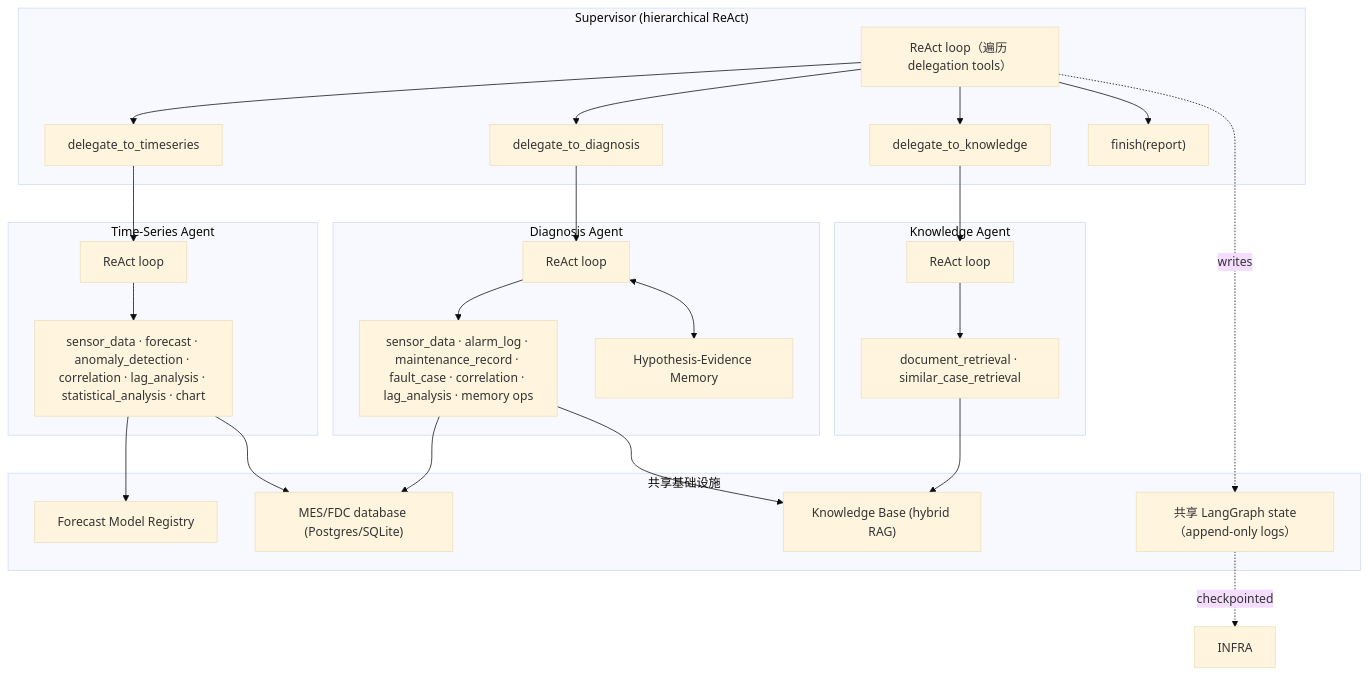
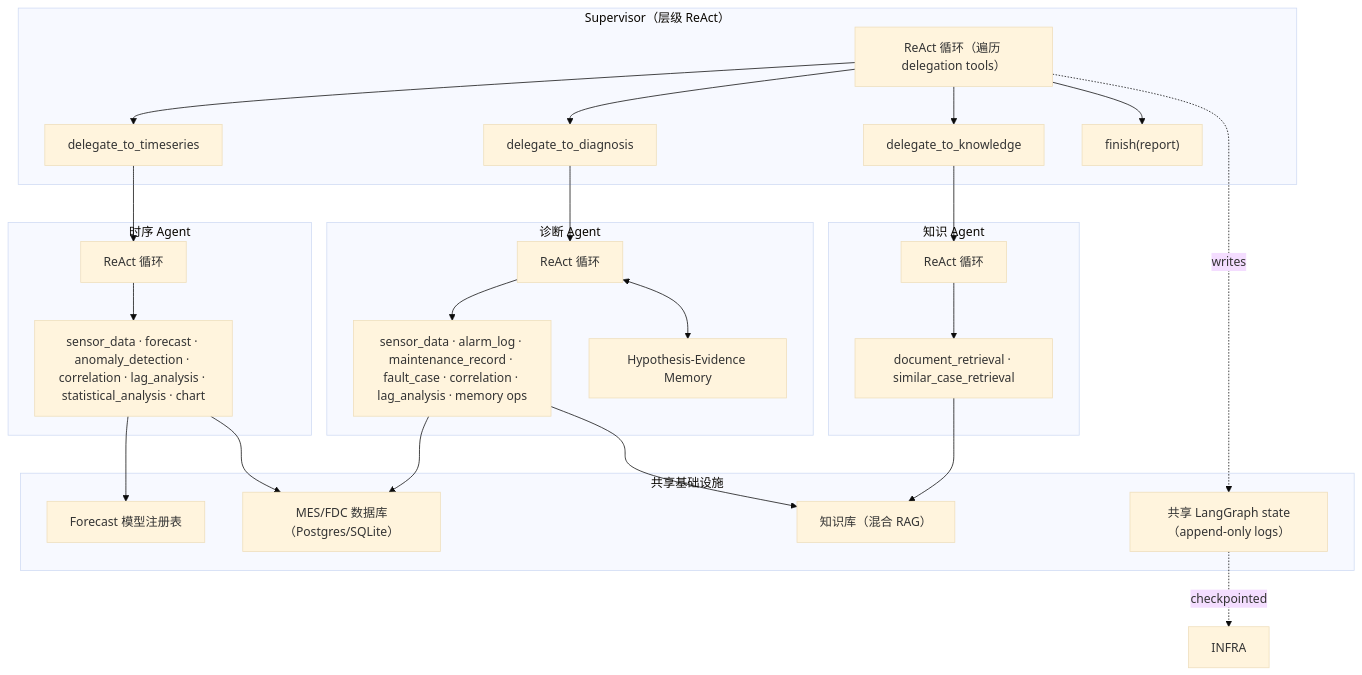
Before and after one commit to ChenYan7120/FabPilot: the diagram in docs/architecture.md, drawn with Mermaid (base theme). The commit also changed 3 other files, not shown here.

````diff
--- a/docs/architecture.md
+++ b/docs/architecture.md
@@ -23,47 +23,47 @@
 ```mermaid
 flowchart TB
-    subgraph Supervisor["Supervisor (hierarchical ReAct)"]
-        SLP["ReAct loop（遍历 delegation tools）"]
+    subgraph Supervisor["Supervisor（层级 ReAct）"]
+        SLP["ReAct 循环（遍历 delegation tools）"]
         DTS["delegate_to_timeseries"]
         DDX["delegate_to_diagnosis"]
         DKN["delegate_to_knowledge"]
         FIN["finish(report)"]
     end
 
-    subgraph TS["Time-Series Agent"]
-        TS_LOOP["ReAct loop"]
+    subgraph TS["时序 Agent"]
+        TS_LOOP["ReAct 循环"]
         TS_TOOLS["sensor_data · forecast · anomaly_detection · correlation · lag_analysis · statistical_analysis · chart"]
     end
 
-    subgraph DX["Diagnosis Agent"]
-        DX_LOOP["ReAct loop"]
+    subgraph DX["诊断 Agent"]
+        DX_LOOP["ReAct 循环"]
         MEM["Hypothesis-Evidence Memory"]
         DX_TOOLS["sensor_data · alarm_log · maintenance_record · fault_case · correlation · lag_analysis · memory ops"]
     end
 
-    subgraph KN["Knowledge Agent"]
-        KN_LOOP["ReAct loop"]
+    subgraph KN["知识 Agent"]
+        KN_LOOP["ReAct 循环"]
         KN_TOOLS["document_retrieval · similar_case_retrieval"]
     end
 
     SLP --> DTS --> TS_LOOP --> TS_TOOLS
     SLP --> DDX --> DX_LOOP --> DX_TOOLS
     DX_LOOP <--> MEM
     SLP --> DKN --> KN_LOOP --> KN_TOOLS
     SLP --> FIN
 
     subgraph Infra["共享基础设施"]
         STATE["共享 LangGraph state（append-only logs）"]
-        REG["Forecast Model Registry"]
-        KB["Knowledge Base (hybrid RAG)"]
-        DB["MES/FDC database (Postgres/SQLite)"]
+        REG["Forecast 模型注册表"]
+        KB["知识库（混合 RAG）"]
+        DB["MES/FDC 数据库（Postgres/SQLite）"]
     end
 
     TS_TOOLS --> REG
     TS_TOOLS --> DB
     DX_TOOLS --> DB
     KN_TOOLS --> KB
     DX_TOOLS --> KB
     SLP -.writes.-> STATE
     STATE -.checkpointed.-> INFRA
 ```
````
